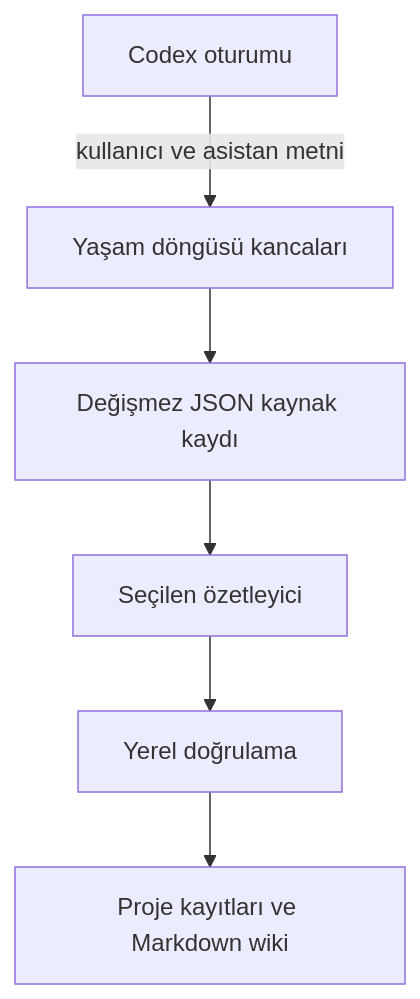
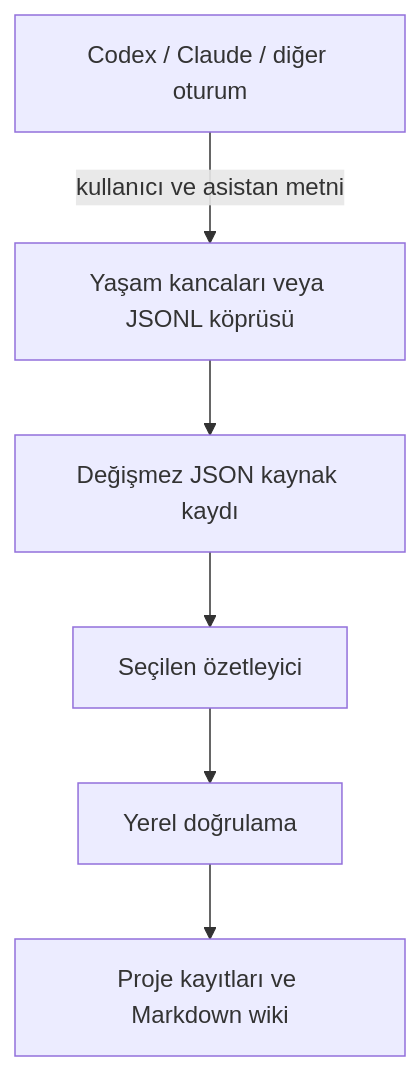
The diagram in README.tr.md (noon49-code/SourceNest), drawn with Mermaid before and after one commit. The commit also changed other lines of this file and 11 other files, not shown here.

```diff
--- a/README.tr.md
+++ b/README.tr.md
@@ -13,8 +13,8 @@
 ~~~mermaid
 flowchart TD
-    A[Codex oturumu] -->|kullanıcı ve asistan metni| B[Yaşam döngüsü kancaları]
+    A[Codex / Claude / diğer oturum] -->|kullanıcı ve asistan metni| B[Yaşam kancaları veya JSONL köprüsü]
     B --> C[Değişmez JSON kaynak kaydı]
     C --> D[Seçilen özetleyici]
     D --> E[Yerel doğrulama]
     E --> F[Proje kayıtları ve Markdown wiki]
 ~~~
```
